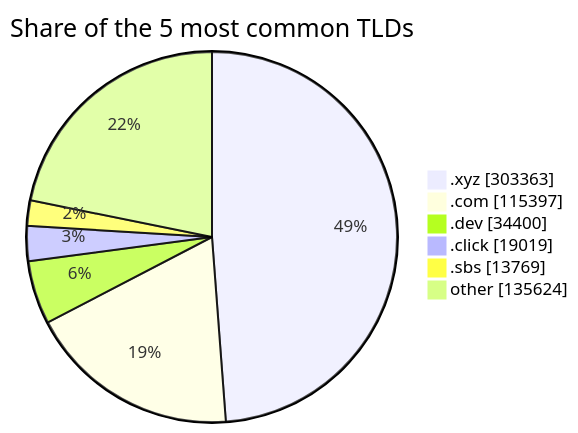
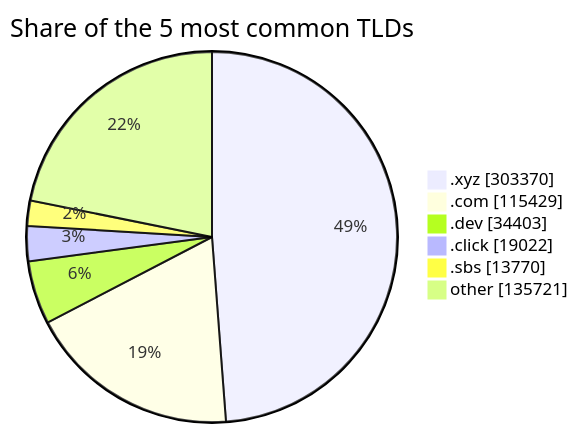
The third of 3 diagrams in README.md (DNSBunker/CTI), drawn with Mermaid before and after one commit. The commit also changed other lines of this file and 3 other files, not shown here.

````diff
--- a/README.md
+++ b/README.md
@@ -81,9 +81,9 @@
 ```mermaid
 pie showData title Share of the 5 most common TLDs
-    ".xyz" : 303363
-    ".com" : 115397
-    ".dev" : 34400
-    ".click" : 19019
-    ".sbs" : 13769
-    "other" : 135624
+    ".xyz" : 303370
+    ".com" : 115429
+    ".dev" : 34403
+    ".click" : 19022
+    ".sbs" : 13770
+    "other" : 135721
 ```
````
